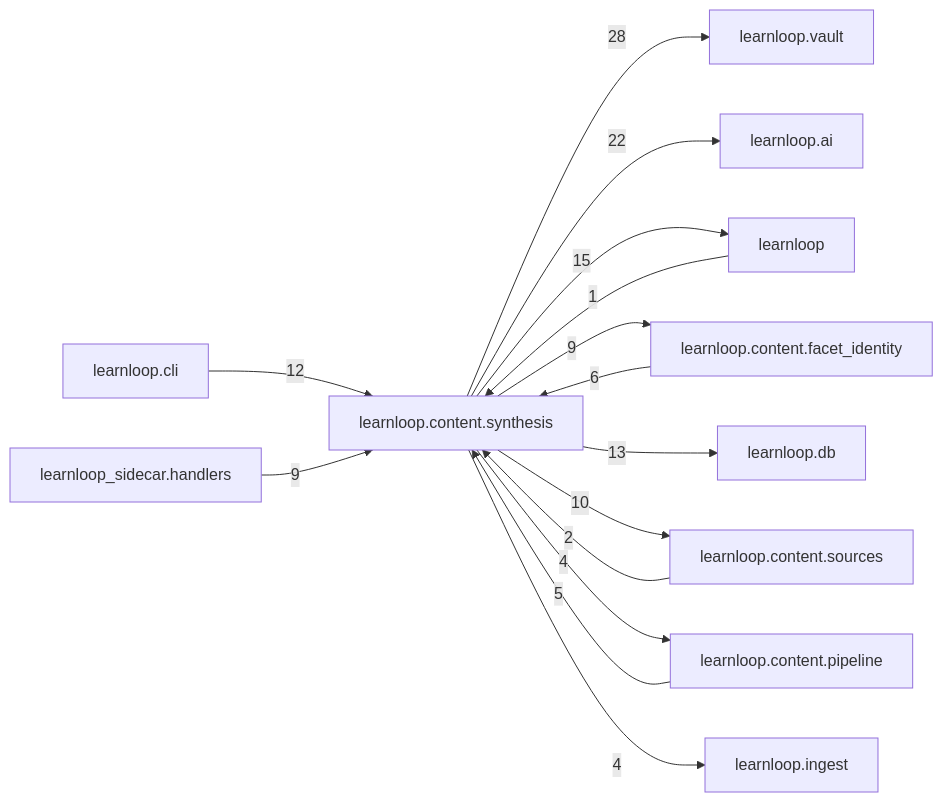
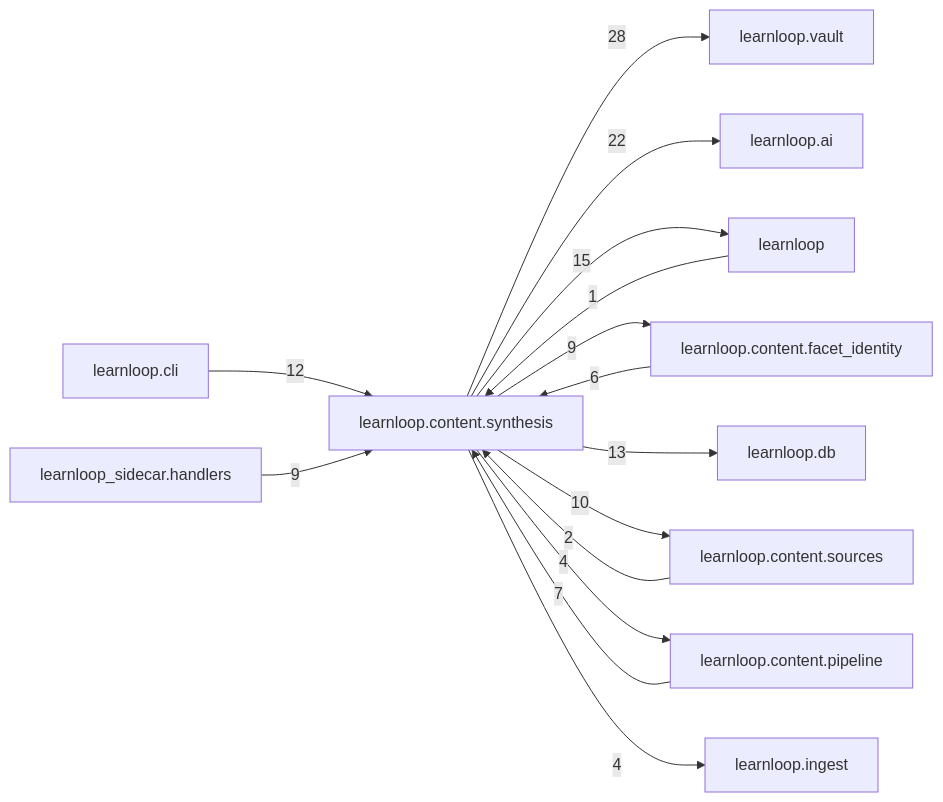
The diagram in docs/learnloop-architecture-vault/Reference/Modules/learnloop/content/synthesis/_package.md (6up-b/learnanything), drawn with Mermaid before and after one commit. The commit also changed other lines of this file and 90 other files, not shown here.

````diff
--- a/docs/learnloop-architecture-vault/Reference/Modules/learnloop/content/synthesis/_package.md
+++ b/docs/learnloop-architecture-vault/Reference/Modules/learnloop/content/synthesis/_package.md
@@ -129,28 +131,28 @@
 ```mermaid
 flowchart LR
     center["learnloop.content.synthesis"]
     n_learnloop_vault["learnloop.vault"]
     n_learnloop_ai["learnloop.ai"]
     n_learnloop["learnloop"]
     n_learnloop_content_facet_identity["learnloop.content.facet_identity"]
     n_learnloop_db["learnloop.db"]
     n_learnloop_cli["learnloop.cli"]
     n_learnloop_content_sources["learnloop.content.sources"]
     n_learnloop_content_pipeline["learnloop.content.pipeline"]
     n_learnloop_sidecar_handlers["learnloop_sidecar.handlers"]
     n_learnloop_ingest["learnloop.ingest"]
     center -->|28| n_learnloop_vault
     center -->|22| n_learnloop_ai
     n_learnloop -->|1| center
     center -->|15| n_learnloop
     n_learnloop_content_facet_identity -->|6| center
     center -->|9| n_learnloop_content_facet_identity
     center -->|13| n_learnloop_db
     n_learnloop_cli -->|12| center
     n_learnloop_content_sources -->|2| center
     center -->|10| n_learnloop_content_sources
-    n_learnloop_content_pipeline -->|5| center
+    n_learnloop_content_pipeline -->|7| center
     center -->|4| n_learnloop_content_pipeline
     n_learnloop_sidecar_handlers -->|9| center
     center -->|4| n_learnloop_ingest
 ```
````
